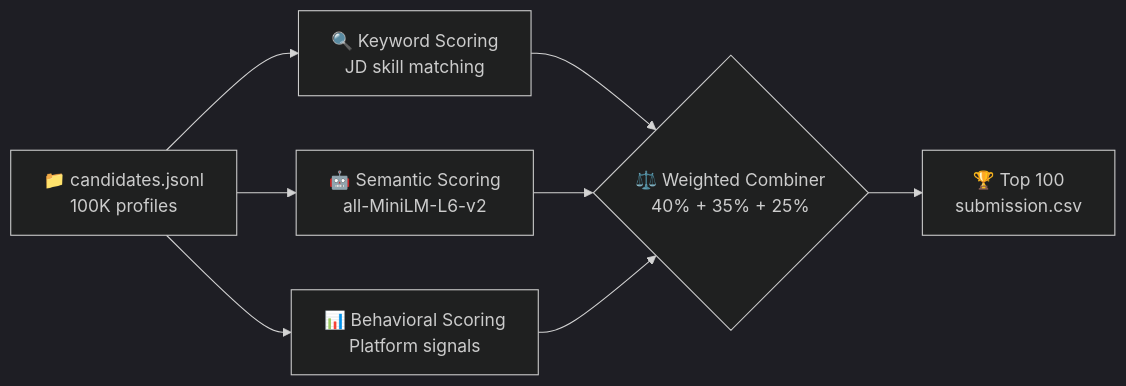
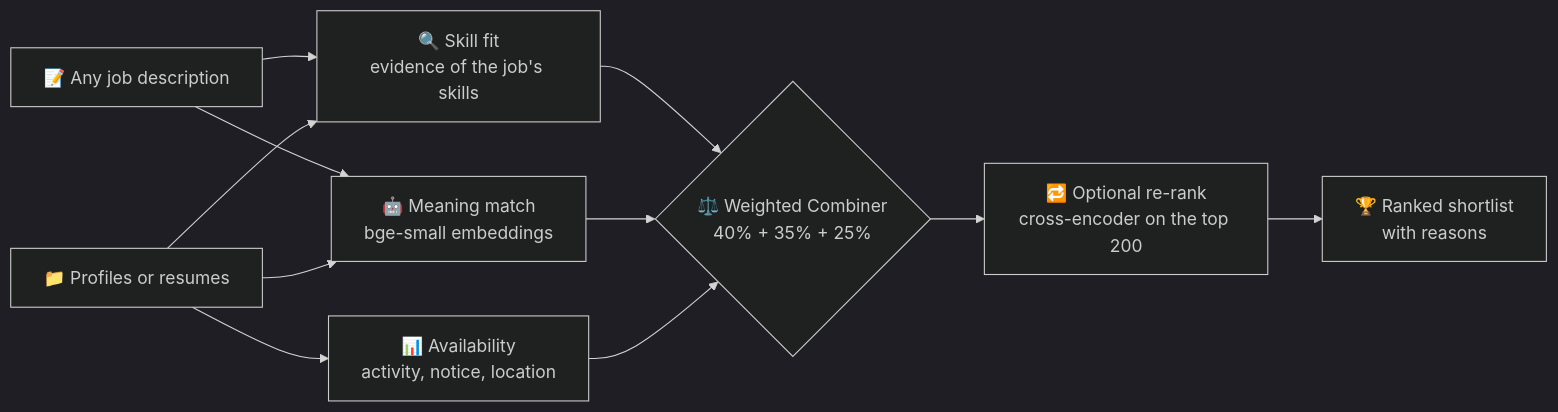
One commit to Sidvortex/Hirer changed the diagram in README.md. Above: the diagram before and after it, drawn with Mermaid (dark theme). The commit also changed other lines of this file, not shown here.

Commit message:
readme: how scoring works now, settings, evaluation, Railway deploy

````diff
--- a/README.md
+++ b/README.md
@@ -70,10 +70,13 @@
 ```mermaid
 graph LR
-    A[📁 candidates.jsonl<br/>100K profiles] --> B[🔍 Keyword Scoring<br/>JD skill matching]
-    A --> C[🤖 Semantic Scoring<br/>all-MiniLM-L6-v2]
-    A --> D[📊 Behavioral Scoring<br/>Platform signals]
+    J[📝 Any job description] --> B
+    J --> C
+    A[📁 Profiles or resumes] --> B[🔍 Skill fit<br/>evidence of the job's skills]
+    A --> C[🤖 Meaning match<br/>bge-small embeddings]
+    A --> D[📊 Availability<br/>activity, notice, location]
     B --> E{⚖️ Weighted Combiner<br/>40% + 35% + 25%}
     C --> E
     D --> E
-    E --> F[🏆 Top 100<br/>submission.csv]
+    E --> R[🔁 Optional re-rank<br/>cross-encoder on the top 200]
+    R --> F[🏆 Ranked shortlist<br/>with reasons]
 ```
````
